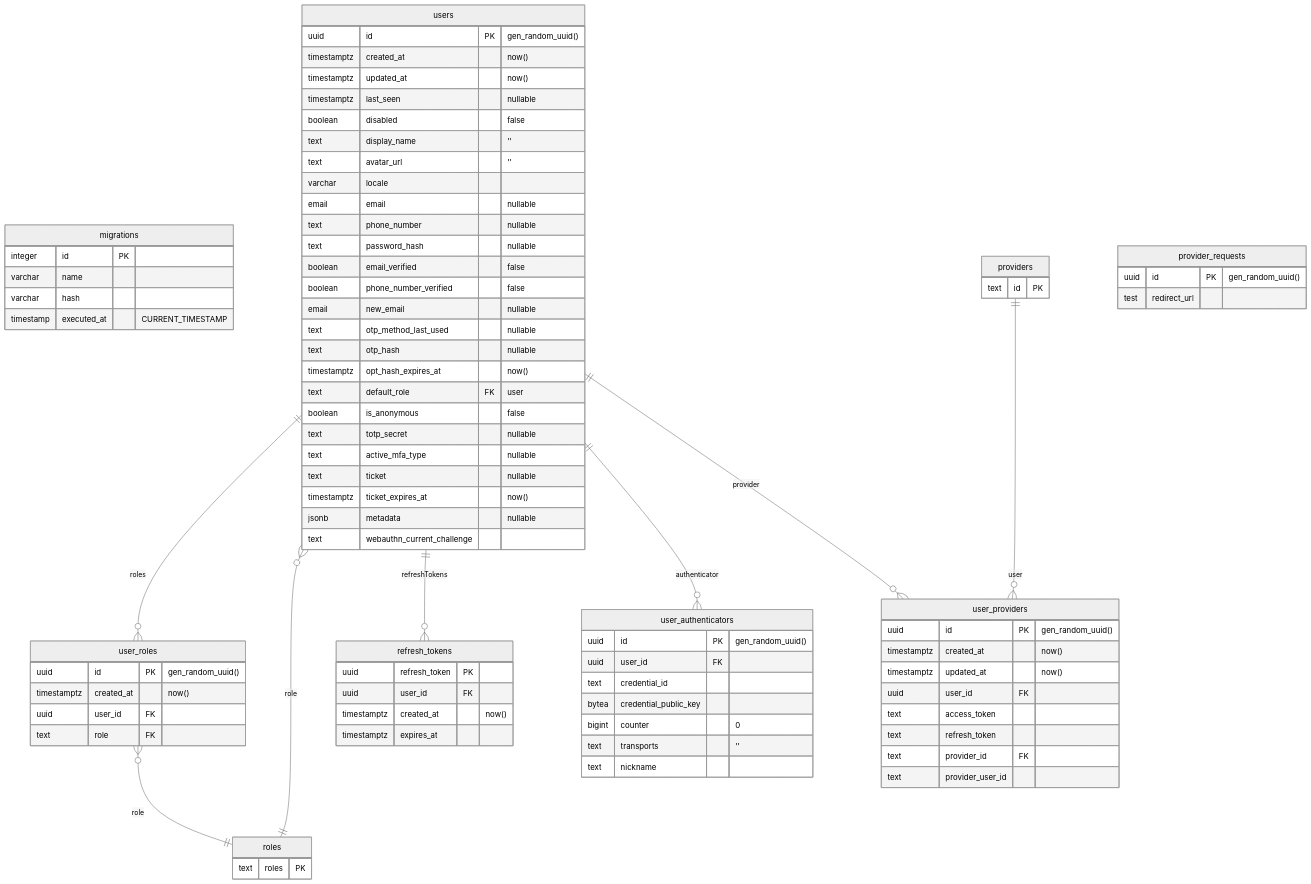
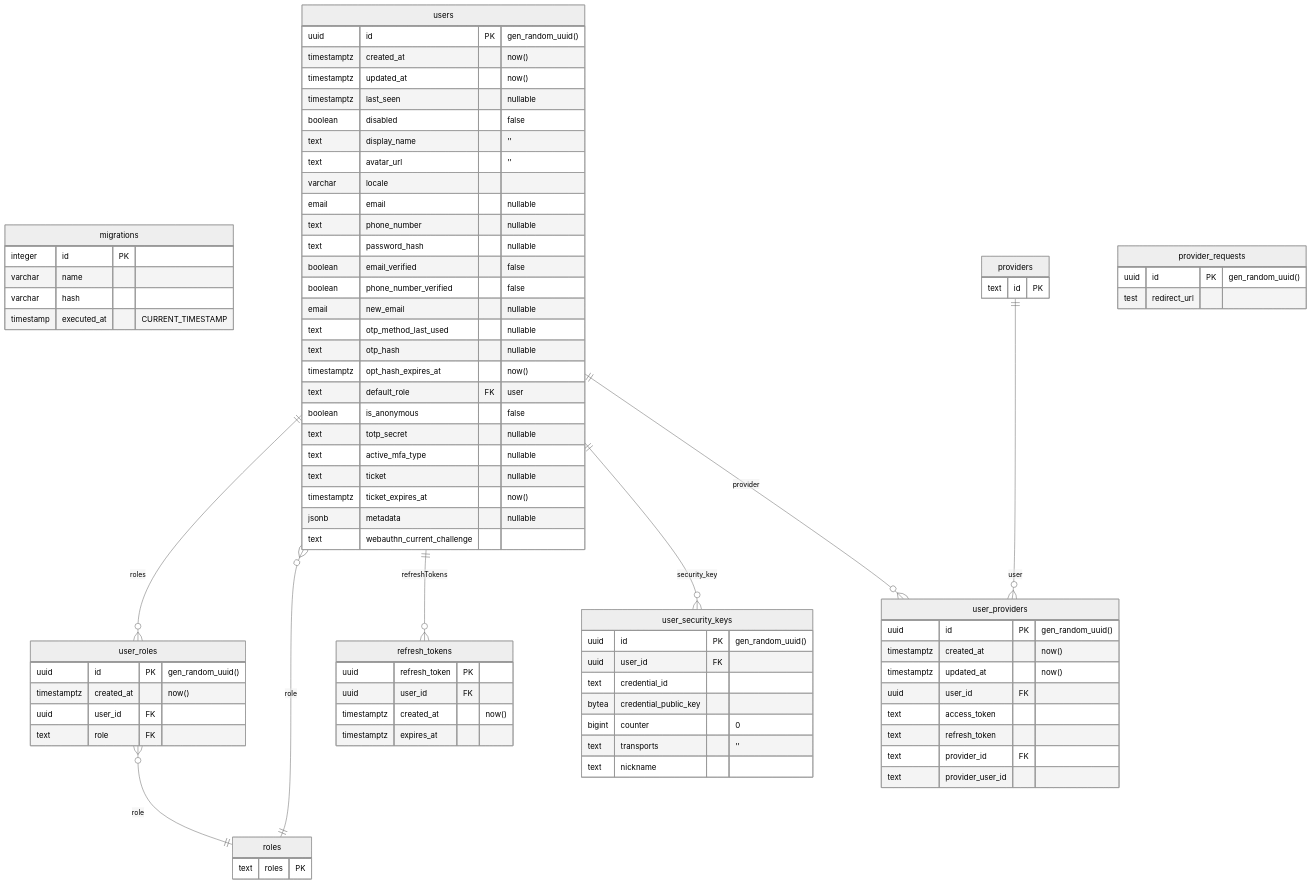
The diagram in docs/schema.md (nhost/nhost), drawn with Mermaid (neutral theme) before and after one commit. The commit also changed 14 other files, not shown here.

Commit message:
refactor: 💡 rename authenticators to security keys

```diff
--- a/docs/schema.md
+++ b/docs/schema.md
@@ -15,7 +15,7 @@
 user_roles }o--|| roles: role
 users }o--|| roles: role
 users ||--o{ refresh_tokens: refreshTokens
-users ||--o{ user_authenticators: authenticator
+users ||--o{ user_security_keys: security_key
 users ||--o{ user_providers: provider
 providers ||--o{ user_providers: user
 
@@ -46,7 +46,7 @@
     text provider_user_id
 }
 
-user_authenticators {
+user_security_keys {
     uuid id PK "gen_random_uuid()"
     uuid user_id FK
     text credential_id
```
